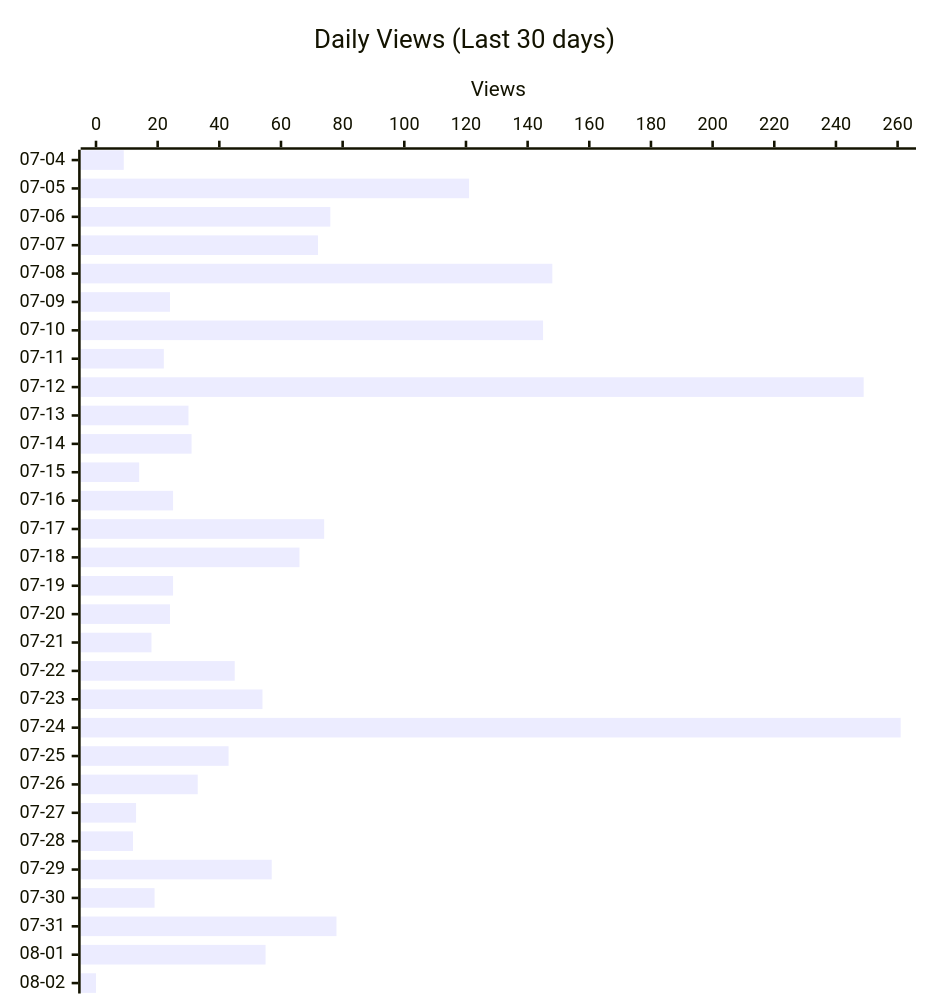
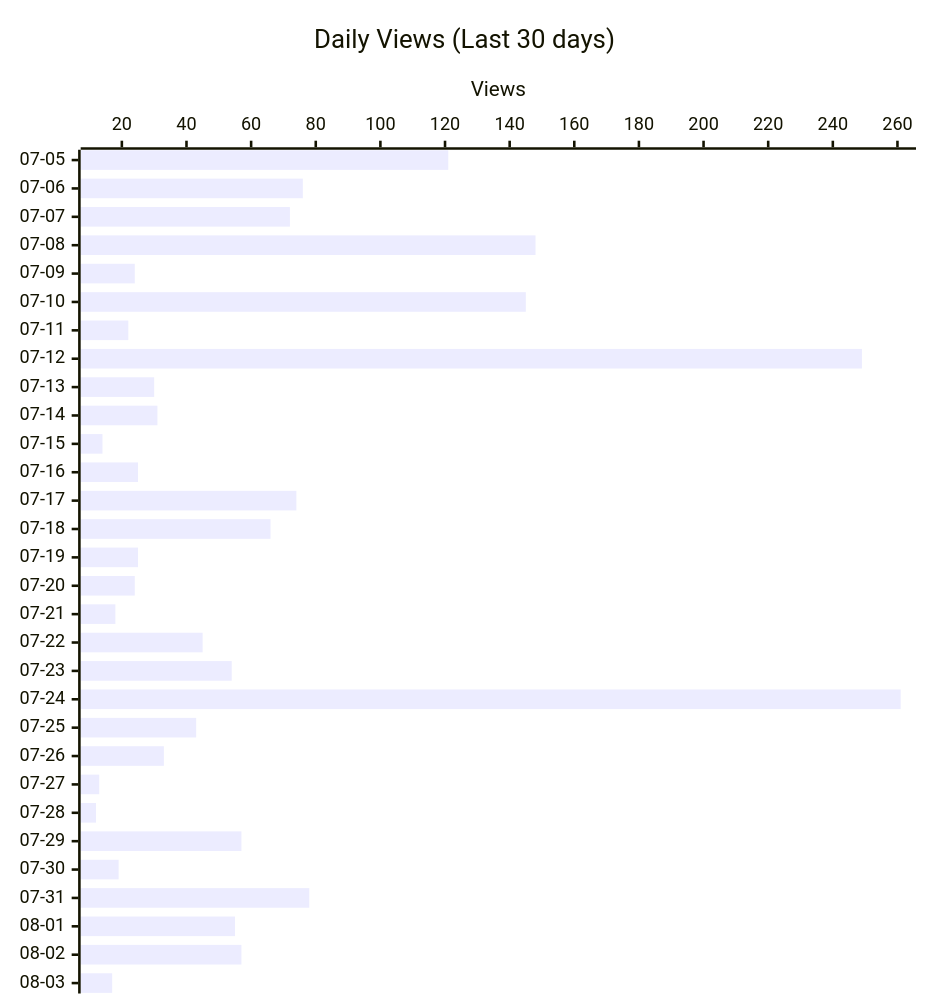
One commit to shigechika/github-insights changed the second of 4 diagrams in README.md. Above: the diagram before and after it, drawn with Mermaid. The commit also changed other lines of this file and 2 other files, not shown here.

````diff
--- a/README.md
+++ b/README.md
@@ -28,12 +28,12 @@
 ```mermaid
 ---
 config:
   xyChart:
     height: 760
 ---
 xychart-beta horizontal
     title "Daily Views (Last 30 days)"
-    x-axis ["07-04", "07-05", "07-06", "07-07", "07-08", "07-09", "07-10", "07-11", "07-12", "07-13", "07-14", "07-15", "07-16", "07-17", "07-18", "07-19", "07-20", "07-21", "07-22", "07-23", "07-24", "07-25", "07-26", "07-27", "07-28", "07-29", "07-30", "07-31", "08-01", "08-02"]
+    x-axis ["07-05", "07-06", "07-07", "07-08", "07-09", "07-10", "07-11", "07-12", "07-13", "07-14", "07-15", "07-16", "07-17", "07-18", "07-19", "07-20", "07-21", "07-22", "07-23", "07-24", "07-25", "07-26", "07-27", "07-28", "07-29", "07-30", "07-31", "08-01", "08-02", "08-03"]
     y-axis "Views"
-    bar [9, 121, 76, 72, 148, 24, 145, 22, 249, 30, 31, 14, 25, 74, 66, 25, 24, 18, 45, 54, 261, 43, 33, 13, 12, 57, 19, 78, 55, 0]
+    bar [121, 76, 72, 148, 24, 145, 22, 249, 30, 31, 14, 25, 74, 66, 25, 24, 18, 45, 54, 261, 43, 33, 13, 12, 57, 19, 78, 55, 57, 17]
 ```
````
